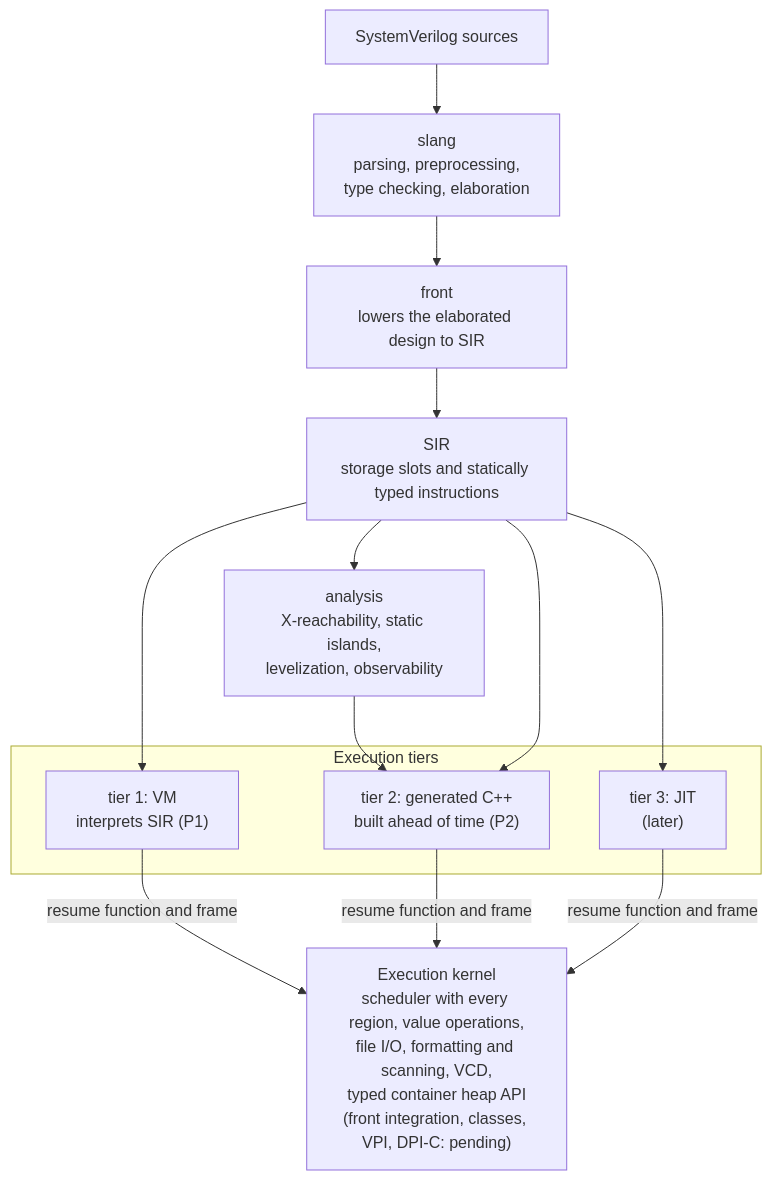
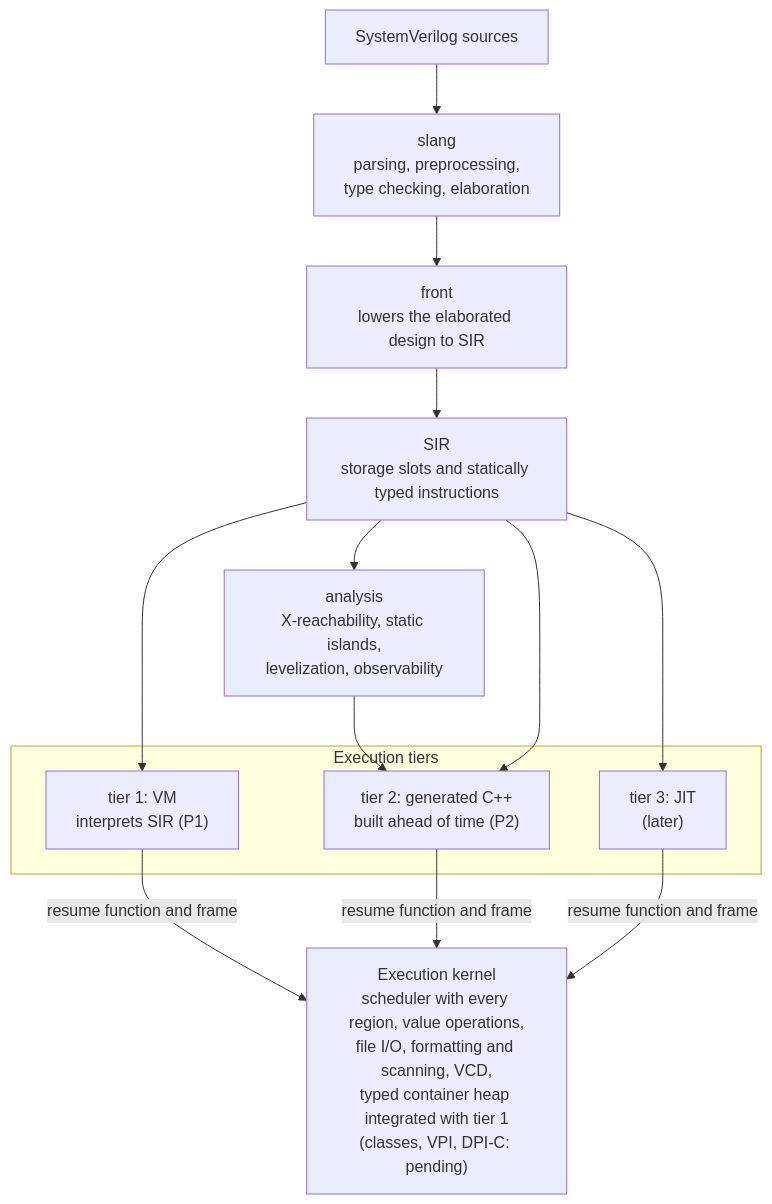
Before and after one commit to kurochan001/kirimasim: the first of 2 diagrams in docs/ARCHITECTURE.ja.md, drawn with Mermaid. The commit also changed other lines of this file and 5 other files, not shown here.

Commit message:
Refresh architecture and measurement provenance

````diff
--- a/docs/ARCHITECTURE.ja.md
+++ b/docs/ARCHITECTURE.ja.md
@@ -11,22 +11,22 @@
 ```mermaid
 flowchart TD
     src["SystemVerilog sources"]
     slang["slang<br/>parsing, preprocessing,<br/>type checking, elaboration"]
     front["front<br/>lowers the elaborated design to SIR"]
     sir["SIR<br/>storage slots and statically typed instructions"]
     analysis["analysis<br/>X-reachability, static islands,<br/>levelization, observability"]
     subgraph tiers["Execution tiers"]
         t1["tier 1: VM<br/>interprets SIR (P1)"]
         t2["tier 2: generated C++<br/>built ahead of time (P2)"]
         t3["tier 3: JIT<br/>(later)"]
     end
-    kernel["Execution kernel<br/>scheduler with every region, value operations,<br/>file I/O, formatting and scanning, VCD,<br/>typed container heap API<br/>(front integration, classes, VPI, DPI-C: pending)"]
+    kernel["Execution kernel<br/>scheduler with every region, value operations,<br/>file I/O, formatting and scanning, VCD,<br/>typed container heap integrated with tier 1<br/>(classes, VPI, DPI-C: pending)"]
     src --> slang --> front --> sir
     sir --> t1
     sir --> analysis --> t2
     sir --> t2
     sir --> t3
     t1 -->|"resume function and frame"| kernel
     t2 -->|"resume function and frame"| kernel
     t3 -->|"resume function and frame"| kernel
 ```
````
